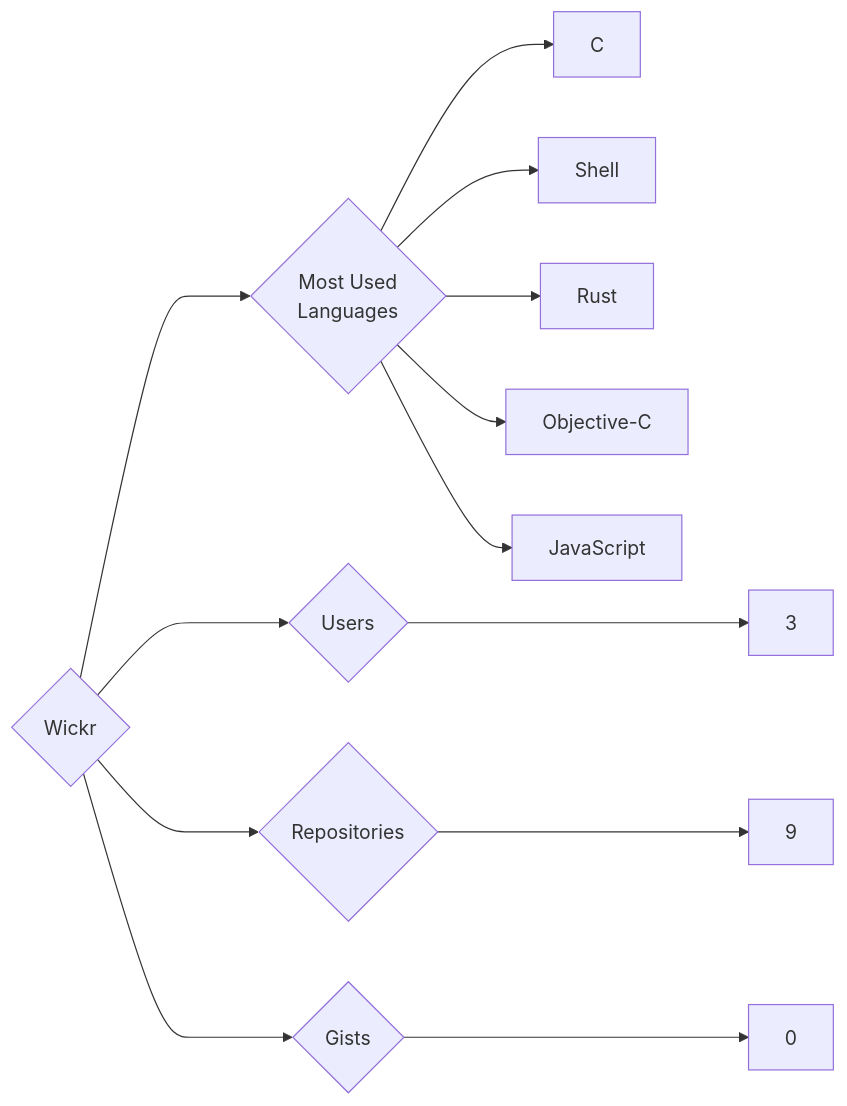
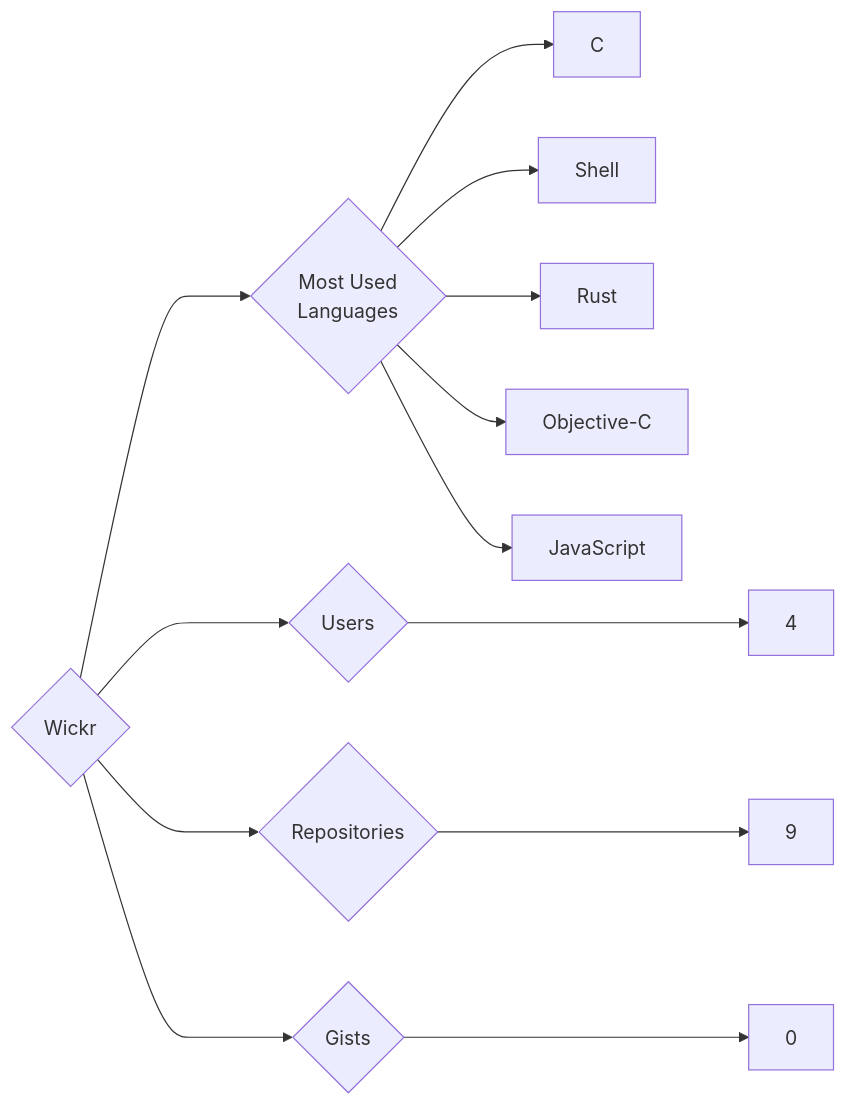
One commit to trickest/insiders changed the diagram in targets/Wickr/README.md. Above: the diagram before and after it, drawn with Mermaid. The commit also changed 972 other files, not shown here.

````diff
--- a/targets/Wickr/README.md
+++ b/targets/Wickr/README.md
@@ -3,13 +3,13 @@
 ```mermaid
 graph LR
 COMPANY_NAME{Wickr}
-COMPANY_NAME ---> U{Users} ---> UN[3]
+COMPANY_NAME ---> U{Users} ---> UN[4]
 COMPANY_NAME ---> R{Repositories} ---> RN[9]
 COMPANY_NAME ---> G{Gists} ---> GN[0]
 COMPANY_NAME ---> ML{Most Used<br>Languages}
 ML --> C[C]
 ML --> Shell[Shell]
 ML --> Rust[Rust]
 ML --> Objective-C[Objective-C]
 ML --> JavaScript[JavaScript]
 ```
````
